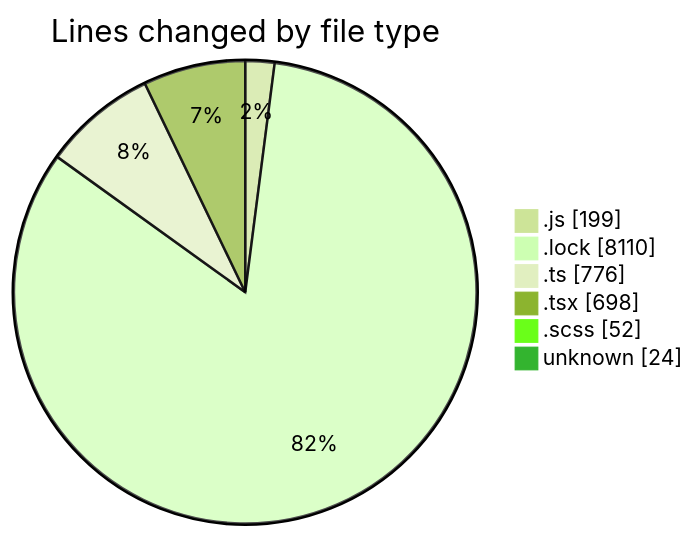
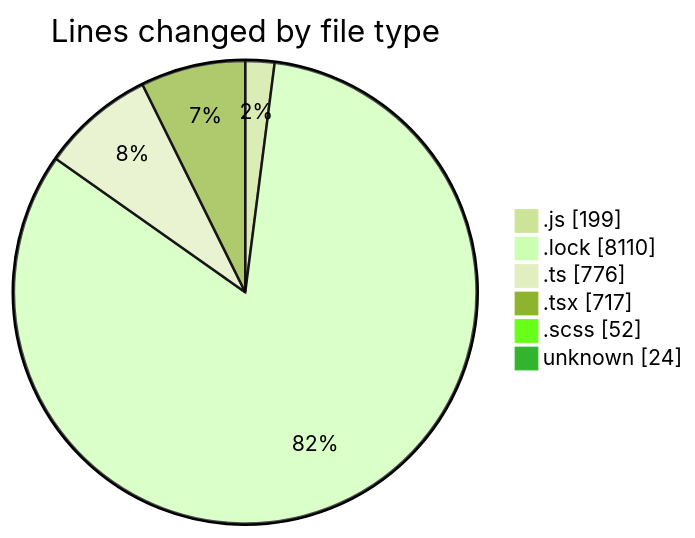
The first of 2 diagrams in 2025-02-07/cda/README.md (momahboobian/code-tracking), drawn with Mermaid (forest theme) before and after one commit. The commit also changed other lines of this file and 1 other file, not shown here.

````diff
--- a/2025-02-07/cda/README.md
+++ b/2025-02-07/cda/README.md
@@ -53,10 +53,10 @@
 ```mermaid
 pie showData
 title Lines changed by file type
 ".js" : 199
 ".lock" : 8110
 ".ts" : 776
-".tsx" : 698
+".tsx" : 717
 ".scss" : 52
 "unknown" : 24
 ```
````
